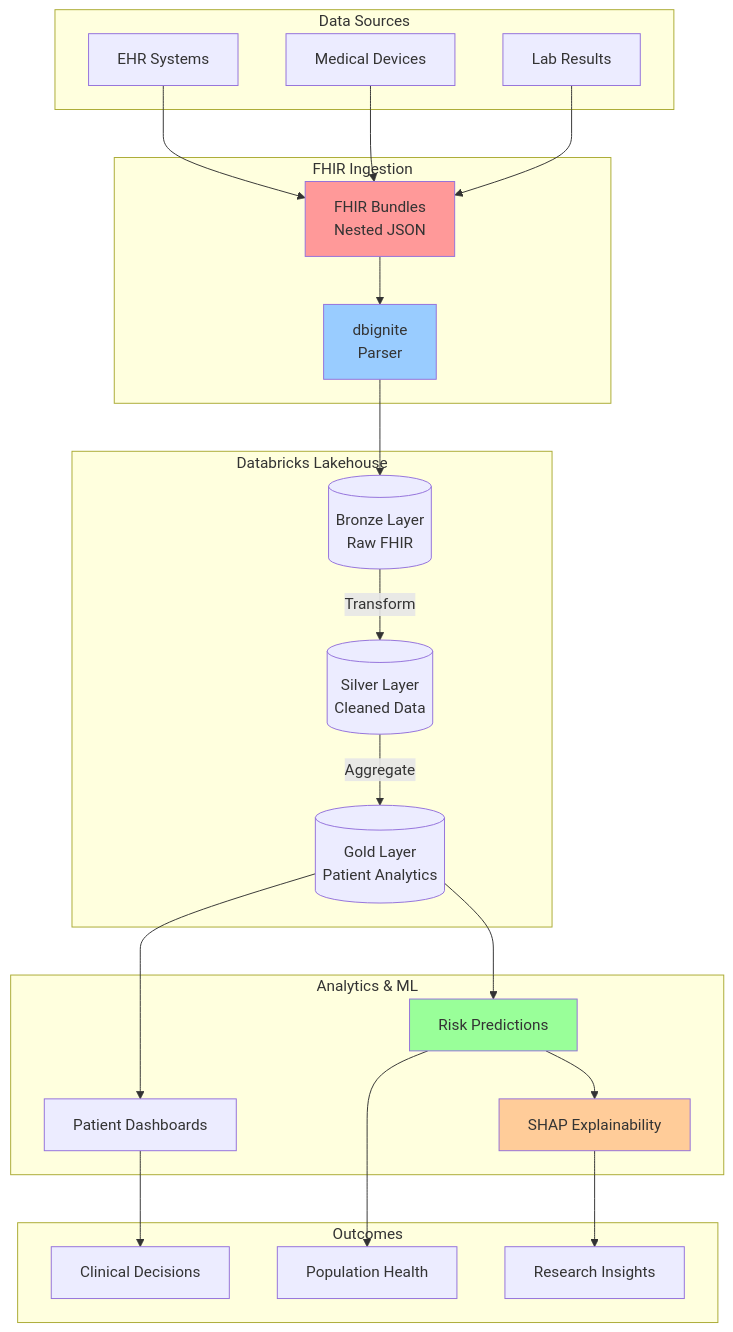
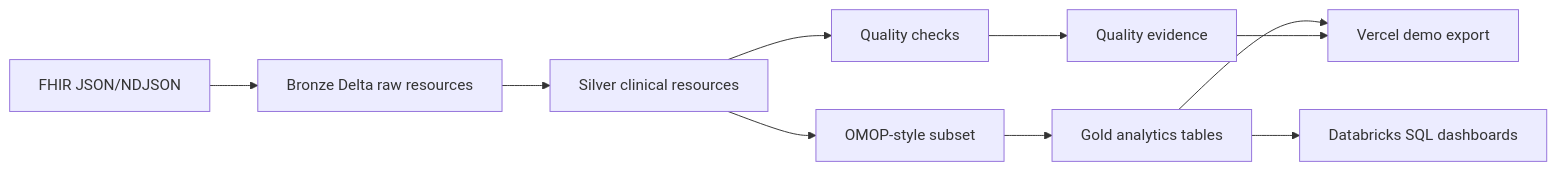
The diagram in README.md (VikramKavuri/Accelerating-Interoperability-with-Databricks-Lakehouse), drawn with Mermaid before and after one commit. The commit also changed other lines of this file and 81 other files, not shown here.

Commit message:
Complete Databricks lakehouse project

````diff
--- a/README.md
+++ b/README.md
@@ -80,50 +33,12 @@
 ```mermaid
-flowchart TB
-    subgraph "Data Sources"
-        A[EHR Systems]
-        B[Medical Devices]
-        C[Lab Results]
-    end
-    
-    subgraph "FHIR Ingestion"
-        D[FHIR Bundles<br/>Nested JSON]
-        E[dbignite<br/>Parser]
-    end
-    
-    subgraph "Databricks Lakehouse"
-        F[(Bronze Layer<br/>Raw FHIR)]
-        G[(Silver Layer<br/>Cleaned Data)]
-        H[(Gold Layer<br/>Patient Analytics)]
-    end
-    
-    subgraph "Analytics & ML"
-        I[Patient Dashboards]
-        J[Risk Predictions]
-        K[SHAP Explainability]
-    end
-    
-    subgraph "Outcomes"
-        L[Clinical Decisions]
-        M[Population Health]
-        N[Research Insights]
-    end
-    
-    A --> D
-    B --> D
-    C --> D
-    D --> E
-    E --> F
-    F -->|Transform| G
-    G -->|Aggregate| H
-    H --> I
-    H --> J
-    J --> K
-    I --> L
-    J --> M
-    K --> N
-    
-    style D fill:#ff9999
-    style E fill:#99ccff
-    style J fill:#99ff99
-    style K fill:#ffcc99
+flowchart LR
+    A[FHIR JSON/NDJSON] --> B[Bronze Delta raw resources]
+    B --> C[Silver clinical resources]
+    C --> D[Quality checks]
+    C --> E[OMOP-style subset]
+    D --> F[Quality evidence]
+    E --> G[Gold analytics tables]
+    G --> H[Databricks SQL dashboards]
+    G --> I[Vercel demo export]
+    F --> I
 ```
````
